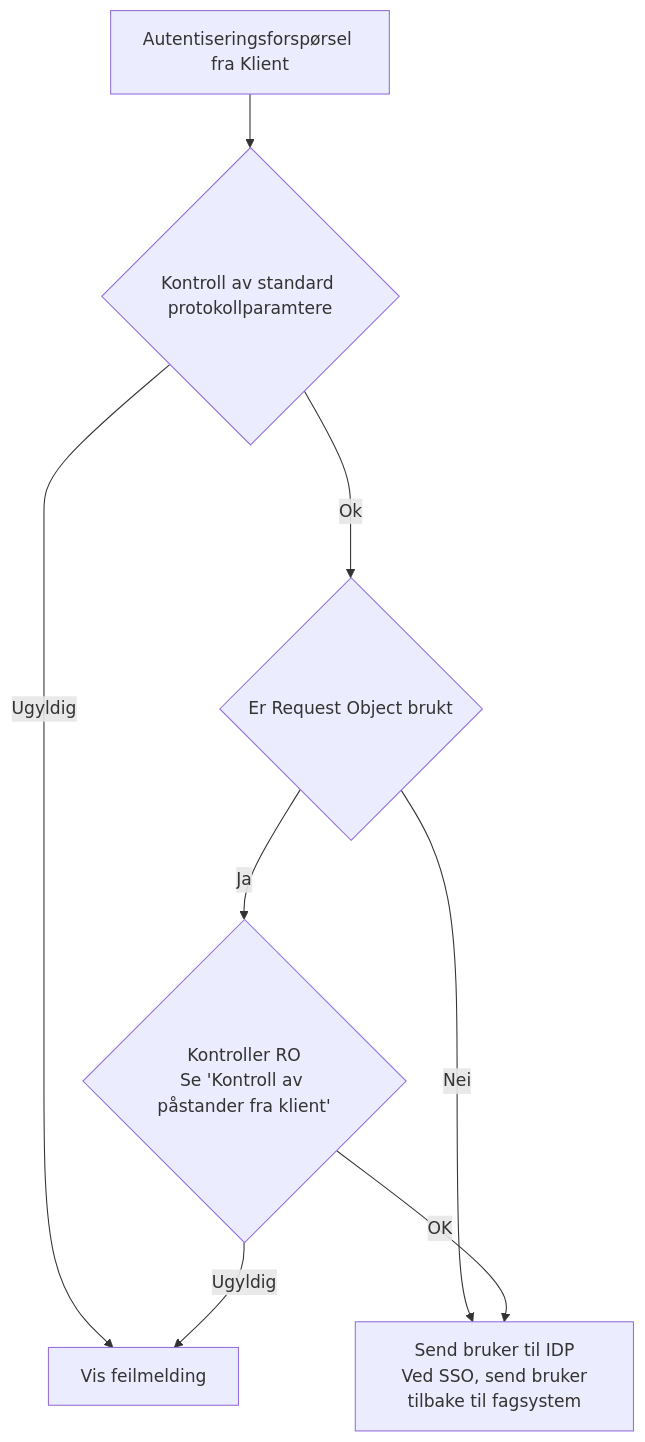
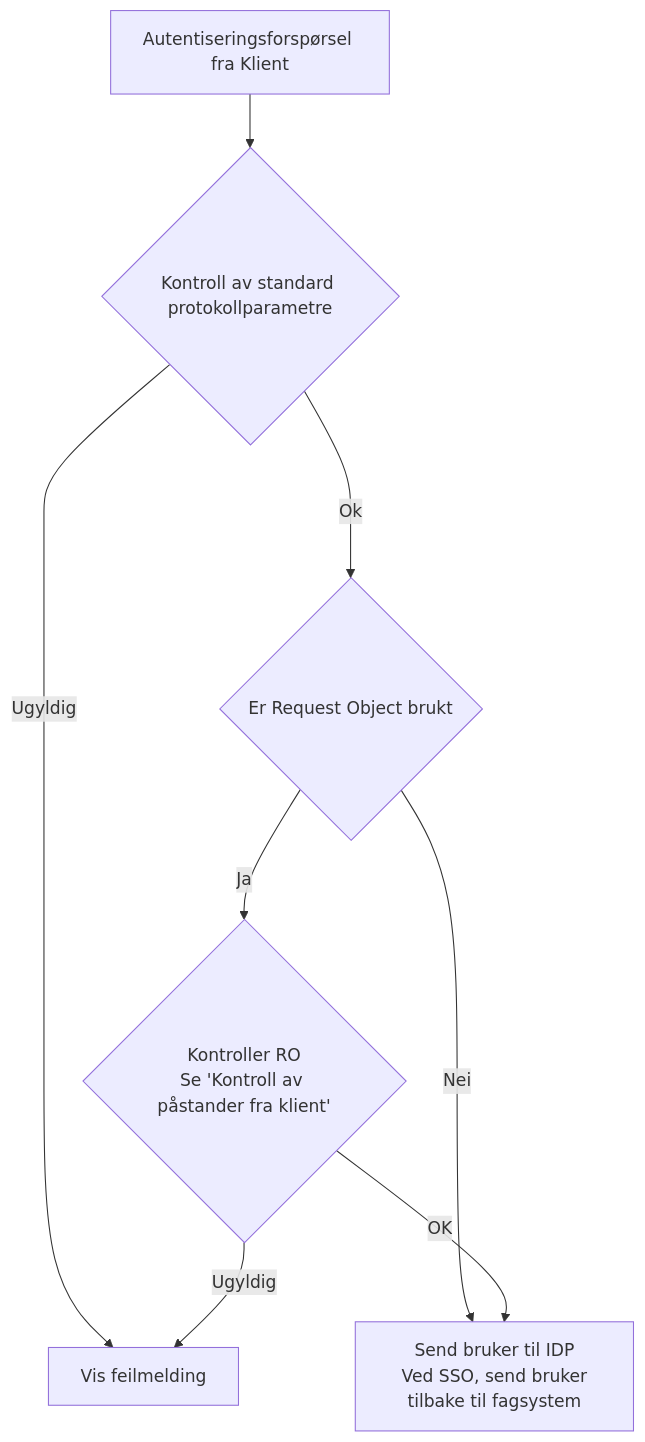
Before and after one commit to NorskHelsenett/Tillitsrammeverk: the second of 4 diagrams in specs/bruk_av_oidc.md, drawn with Mermaid. The commit also changed other lines of this file, not shown here.

````diff
--- a/specs/bruk_av_oidc.md
+++ b/specs/bruk_av_oidc.md
@@ -223,13 +224,13 @@
 ```mermaid
 flowchart TD
   Error[Vis feilmelding]
-  Param{Kontroll av standard protokollparamtere}
+  Param{Kontroll av standard protokollparametre}
   S[Autentiseringsforspørsel fra Klient] --> Param
   Param-- Ugyldig --> Error 
   Param-- Ok --->RO{Er Request Object brukt}
   RO-- Ja -->V_RO{Kontroller RO\nSe 'Kontroll av påstander fra klient'} 
   RO-- Nei -->IDP
   V_RO-- OK --> IDP[Send bruker til IDP\n Ved SSO, send bruker tilbake til fagsystem]
   V_RO-- Ugyldig --> Error
 
 ```
````
